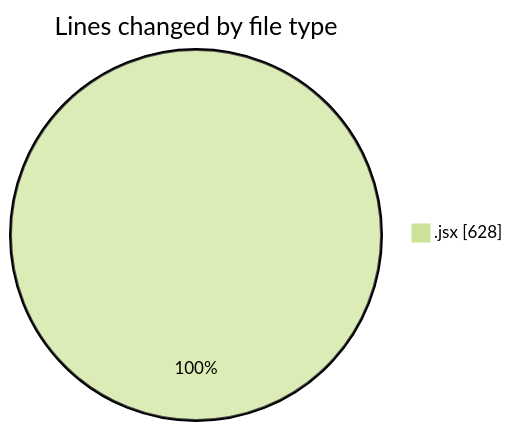
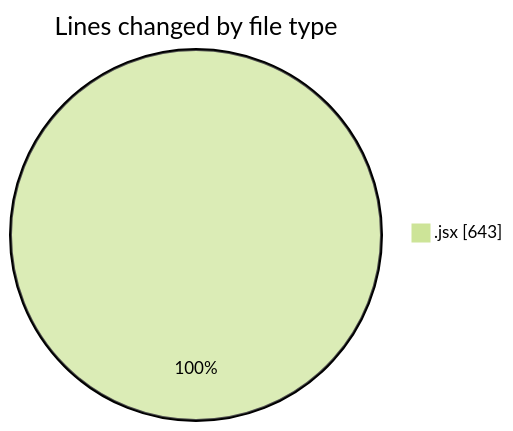
Before and after one commit to nxtqubesakshisongat/code-tracking: the first of 2 diagrams in 2025-08-26/nxtqube_webapp/README.md, drawn with Mermaid (forest theme). The commit also changed other lines of this file and 1 other file, not shown here.

````diff
--- a/2025-08-26/nxtqube_webapp/README.md
+++ b/2025-08-26/nxtqube_webapp/README.md
@@ -21,5 +21,5 @@
 ```mermaid
 pie showData
 title Lines changed by file type
-".jsx" : 628
+".jsx" : 643
 ```
````
